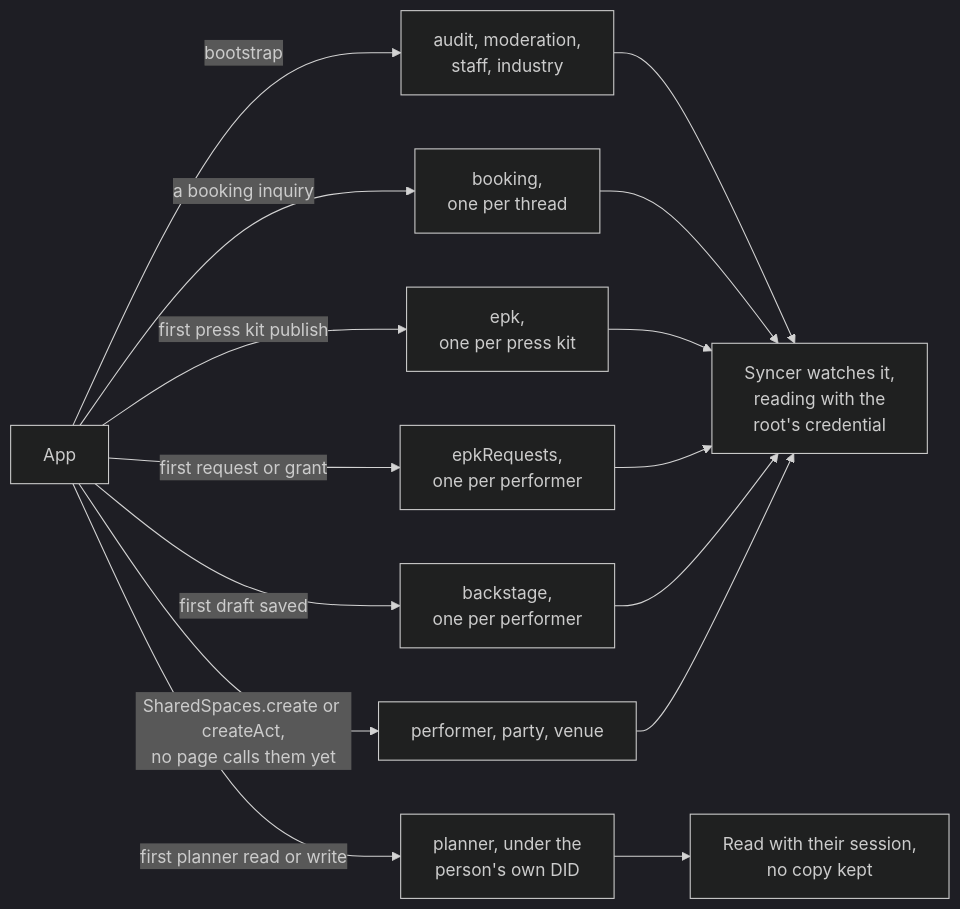
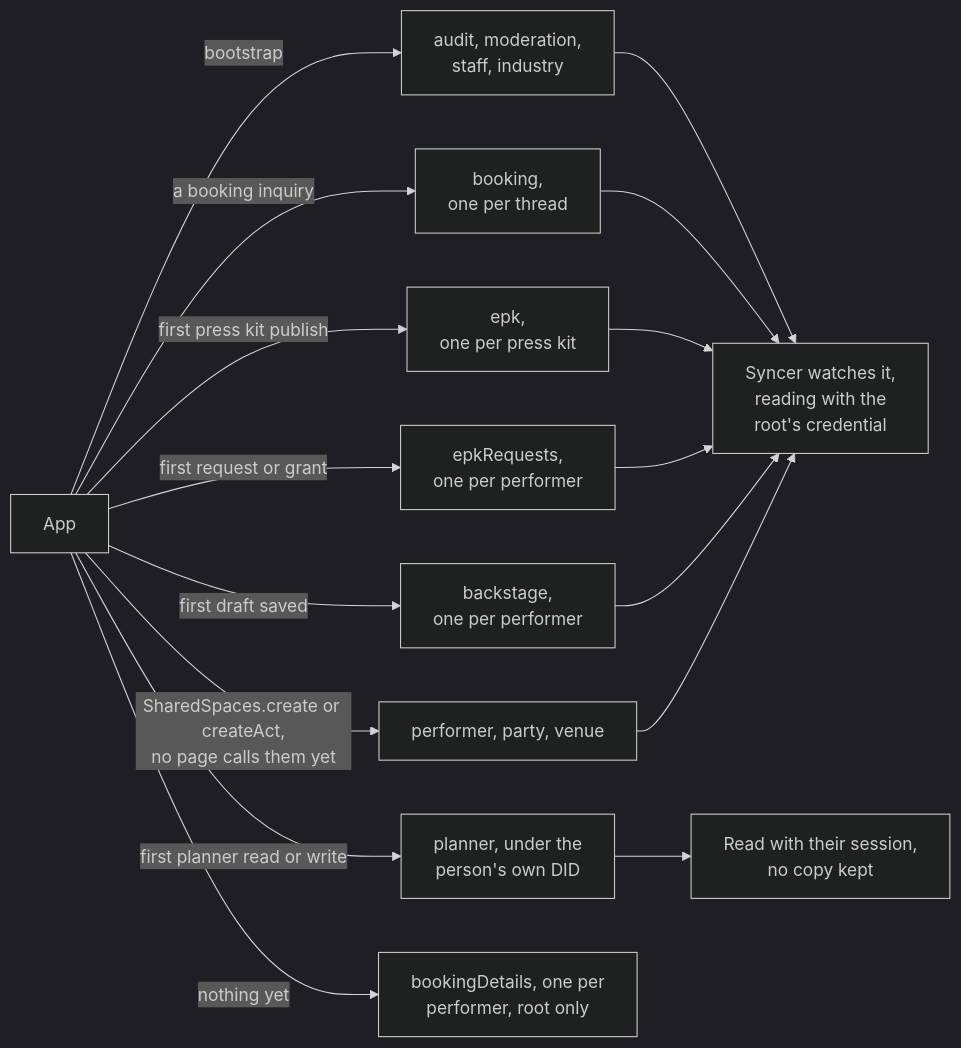
One commit to cutenode/localnetwork changed the first of 8 diagrams in apps/web/docs/diagrams/spaces.md. Above: the diagram before and after it, drawn with Mermaid (dark theme). The commit also changed other lines of this file and 7 other files, not shown here.

First line of the commit message:
docs(web): bring the diagrams in line with main after the extraction PRs

````diff
--- a/apps/web/docs/diagrams/spaces.md
+++ b/apps/web/docs/diagrams/spaces.md
@@ -18,18 +18,19 @@
 ```mermaid
 flowchart LR
   App["App"]
   App -- "bootstrap" --> Four["audit, moderation,<br/>staff, industry"]
   App -- "a booking inquiry" --> Booking["booking,<br/>one per thread"]
   App -- "first press kit publish" --> Epk["epk,<br/>one per press kit"]
   App -- "first request or grant" --> Requests["epkRequests,<br/>one per performer"]
   App -- "first draft saved" --> Backstage["backstage,<br/>one per performer"]
   App -- "SharedSpaces.create or createAct,<br/>no page calls them yet" --> Shared["performer, party, venue"]
   App -- "first planner read or write" --> Planner["planner, under the<br/>person's own DID"]
+  App -- "nothing yet" --> Details["bookingDetails, one per<br/>performer, root only"]
   Four --> Watch["Syncer watches it,<br/>reading with the<br/>root's credential"]
   Booking --> Watch
   Epk --> Watch
   Requests --> Watch
   Backstage --> Watch
   Shared --> Watch
   Planner --> Session["Read with their session,<br/>no copy kept"]
 ```
````
